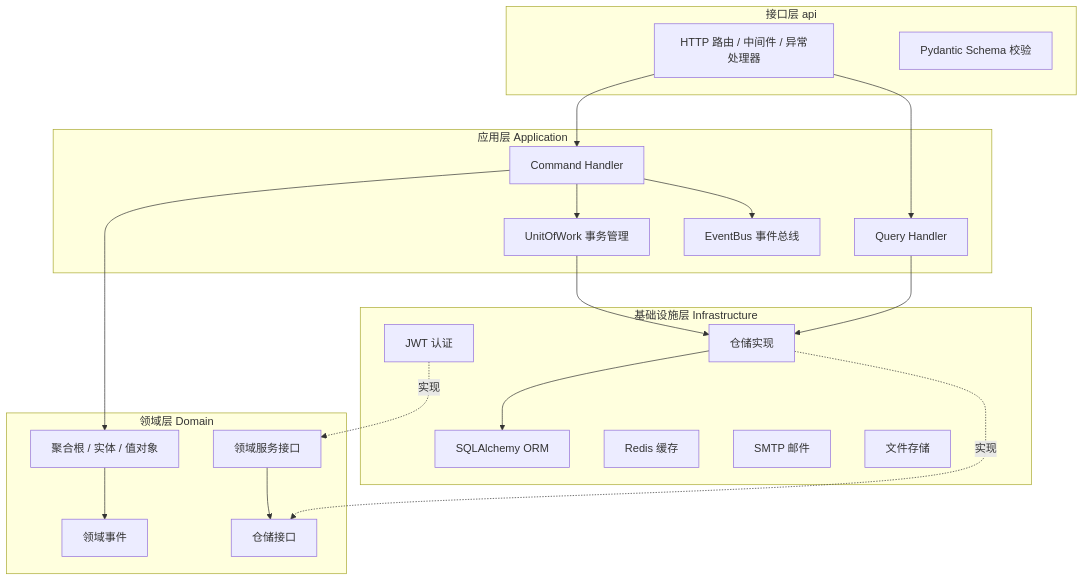
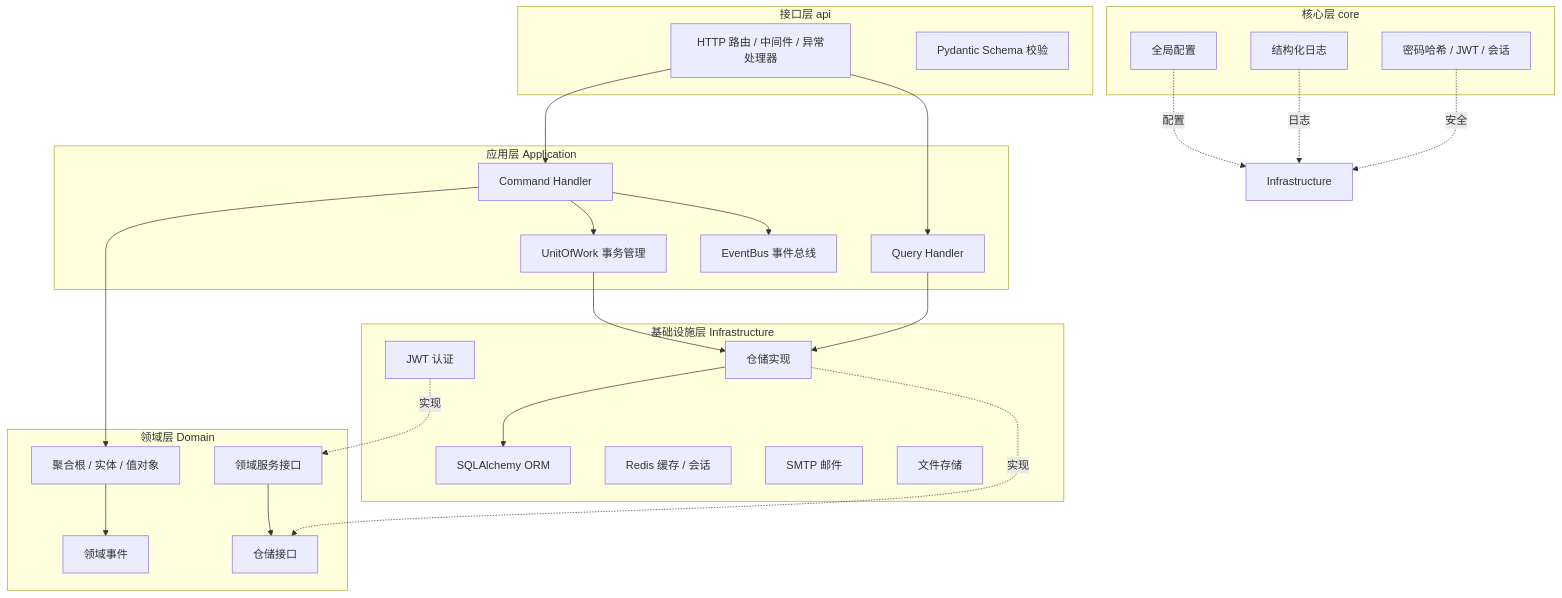
Before and after one commit to cross-lang/x-HanYang: the first of 3 diagrams in README.md, drawn with Mermaid. The commit also changed other lines of this file and 55 other files, not shown here.

````diff
--- a/README.md
+++ b/README.md
@@ -227,43 +238,52 @@
 ```mermaid
 graph TB
     subgraph "接口层 api"
         HTTP[HTTP 路由 / 中间件 / 异常处理器]
         Schemas[Pydantic Schema 校验]
+    end
+
+    subgraph "核心层 core"
+        Config[全局配置]
+        Logger[结构化日志]
+        Security[密码哈希 / JWT / 会话]
     end
 
     subgraph "应用层 Application"
         Commands[Command Handler]
         Queries[Query Handler]
         UoW[UnitOfWork 事务管理]
         EventBus[EventBus 事件总线]
     end
 
     subgraph "领域层 Domain"
         Aggregates[聚合根 / 实体 / 值对象]
         DomainEvents[领域事件]
         DomainServices[领域服务接口]
         Repositories[仓储接口]
     end
 
     subgraph "基础设施层 Infrastructure"
         ORM[SQLAlchemy ORM]
         Repos[仓储实现]
         JWT[JWT 认证]
-        Cache[Redis 缓存]
+        Cache[Redis 缓存 / 会话]
         Email[SMTP 邮件]
         Storage[文件存储]
     end
 
     HTTP --> Commands
     HTTP --> Queries
     Commands --> UoW
     UoW --> Repos
     Commands --> Aggregates
     Commands --> EventBus
     Queries --> Repos
     Repos --> ORM
     Aggregates --> DomainEvents
     DomainServices --> Repositories
     Repos -.->|实现| Repositories
     JWT -.->|实现| DomainServices
+    Config -.->|配置| Infrastructure
+    Logger -.->|日志| Infrastructure
+    Security -.->|安全| Infrastructure
 ```
````
